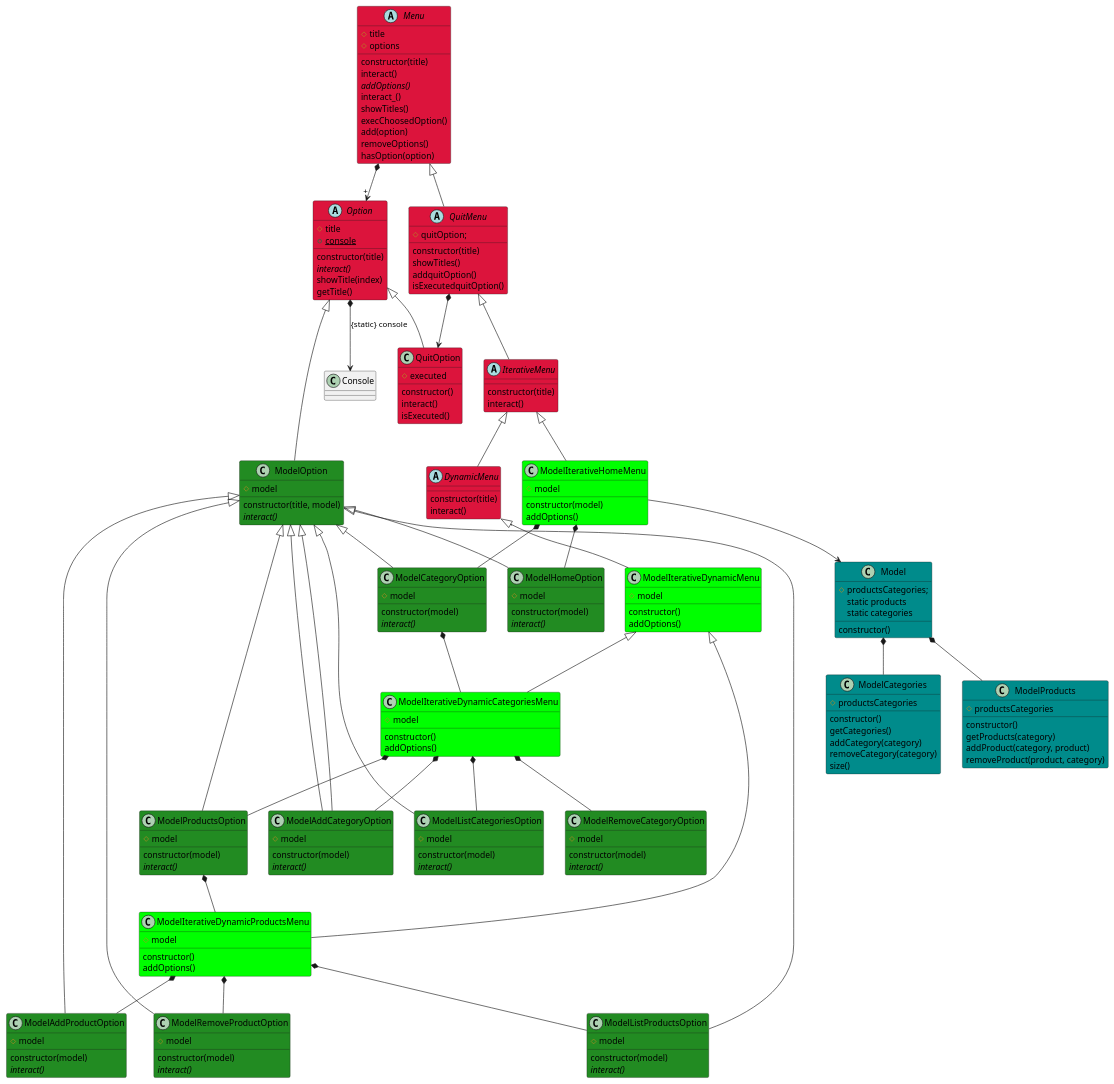
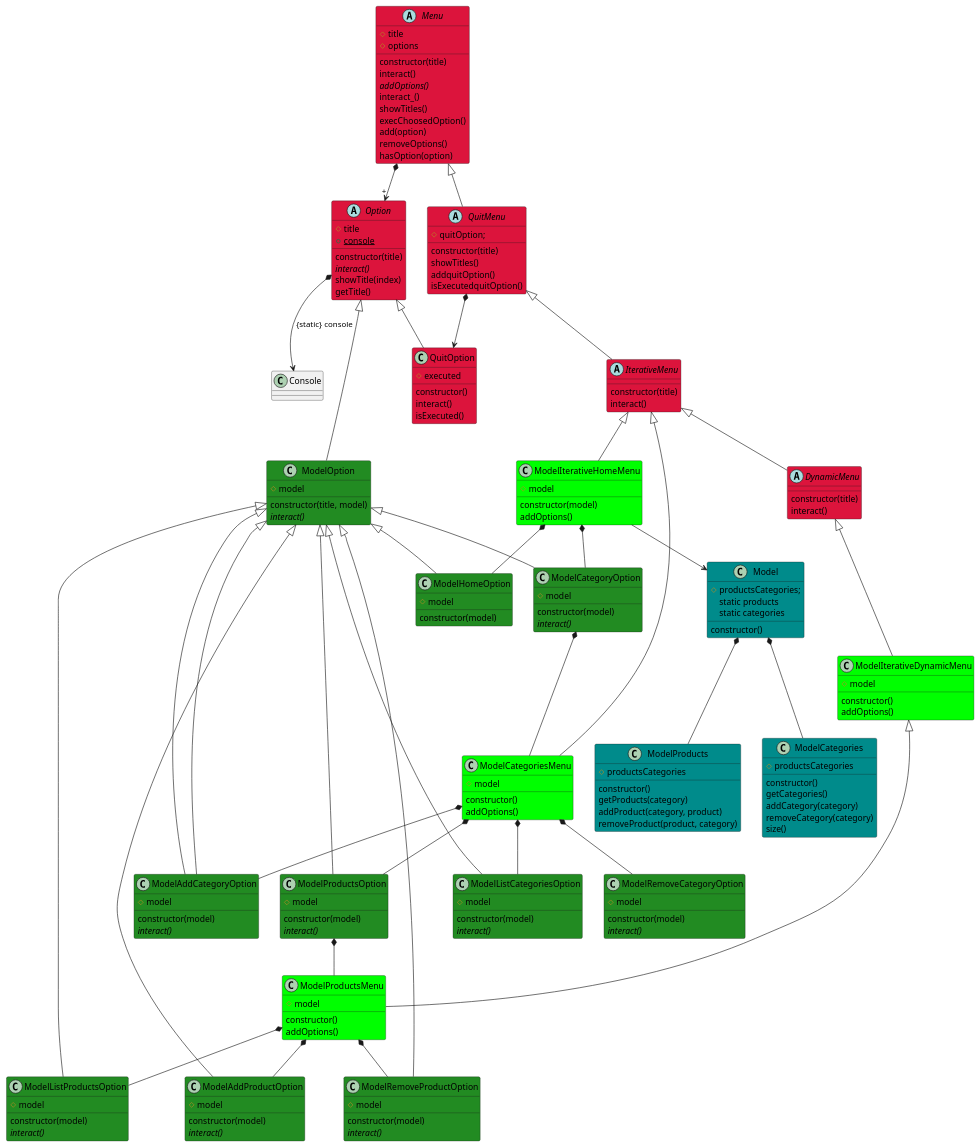
Before and after one commit to BernatQI/Master-Programacion-Diseno-Software: the diagram in Menus/EternalMenu/CustomMenu/classDiagram.plantuml, drawn with PlantUML. The commit also changed 2 other files, not shown here.

Commit message:
Custom Menu Class Diagram

```diff
--- a/Menus/EternalMenu/CustomMenu/classDiagram.plantuml
+++ b/Menus/EternalMenu/CustomMenu/classDiagram.plantuml
@@ -62,13 +62,13 @@
     addOptions()
 }
 
-class ModelIterativeDynamicProductsMenu  #Lime {
+class ModelProductsMenu  #Lime {
     #model
     constructor()
     addOptions()
 }
 
-class ModelIterativeDynamicCategoriesMenu  #Lime {
+class ModelCategoriesMenu  #Lime {
     #model
     constructor()
     addOptions()
@@ -107,7 +107,6 @@
 class ModelHomeOption #forestGreen {
     #model
     constructor(model)
-    {abstract} interact()
 }
 
 class ModelProductsOption #forestGreen {
@@ -186,22 +185,22 @@
 DynamicMenu <|-down- ModelIterativeDynamicMenu
 
 ModelIterativeHomeMenu *-down- ModelHomeOption
-ModelIterativeDynamicCategoriesMenu *-down- ModelProductsOption
+ModelCategoriesMenu *-down- ModelProductsOption
 ModelIterativeHomeMenu *-down- ModelCategoryOption
 
-ModelIterativeDynamicProductsMenu *-down- ModelListProductsOption
-ModelIterativeDynamicProductsMenu *-down- ModelAddProductOption
-ModelIterativeDynamicProductsMenu *-down- ModelRemoveProductOption
+ModelProductsMenu *-down- ModelListProductsOption
+ModelProductsMenu *-down- ModelAddProductOption
+ModelProductsMenu *-down- ModelRemoveProductOption
 
-ModelIterativeDynamicCategoriesMenu *-down- ModelListCategoriesOption
-ModelIterativeDynamicCategoriesMenu *-down- ModelAddCategoryOption
-ModelIterativeDynamicCategoriesMenu *-down- ModelRemoveCategoryOption
+ModelCategoriesMenu *-down- ModelListCategoriesOption
+ModelCategoriesMenu *-down- ModelAddCategoryOption
+ModelCategoriesMenu *-down- ModelRemoveCategoryOption
 
-ModelProductsOption *-down- ModelIterativeDynamicProductsMenu
-ModelCategoryOption *-down- ModelIterativeDynamicCategoriesMenu
+ModelProductsOption *-down- ModelProductsMenu
+ModelCategoryOption *-down- ModelCategoriesMenu
 
-ModelIterativeDynamicMenu <|-down- ModelIterativeDynamicProductsMenu
-ModelIterativeDynamicMenu <|-down- ModelIterativeDynamicCategoriesMenu
+ModelIterativeDynamicMenu <|-down- ModelProductsMenu
+IterativeMenu <|-down- ModelCategoriesMenu
 
 ModelIterativeHomeMenu -down-> Model
 
```
